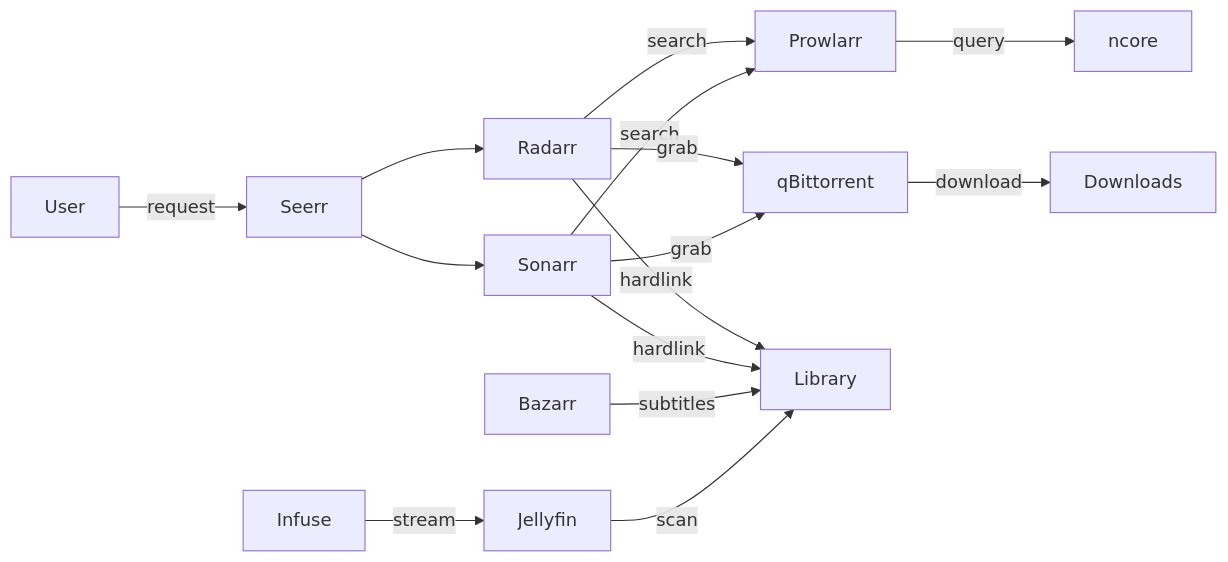
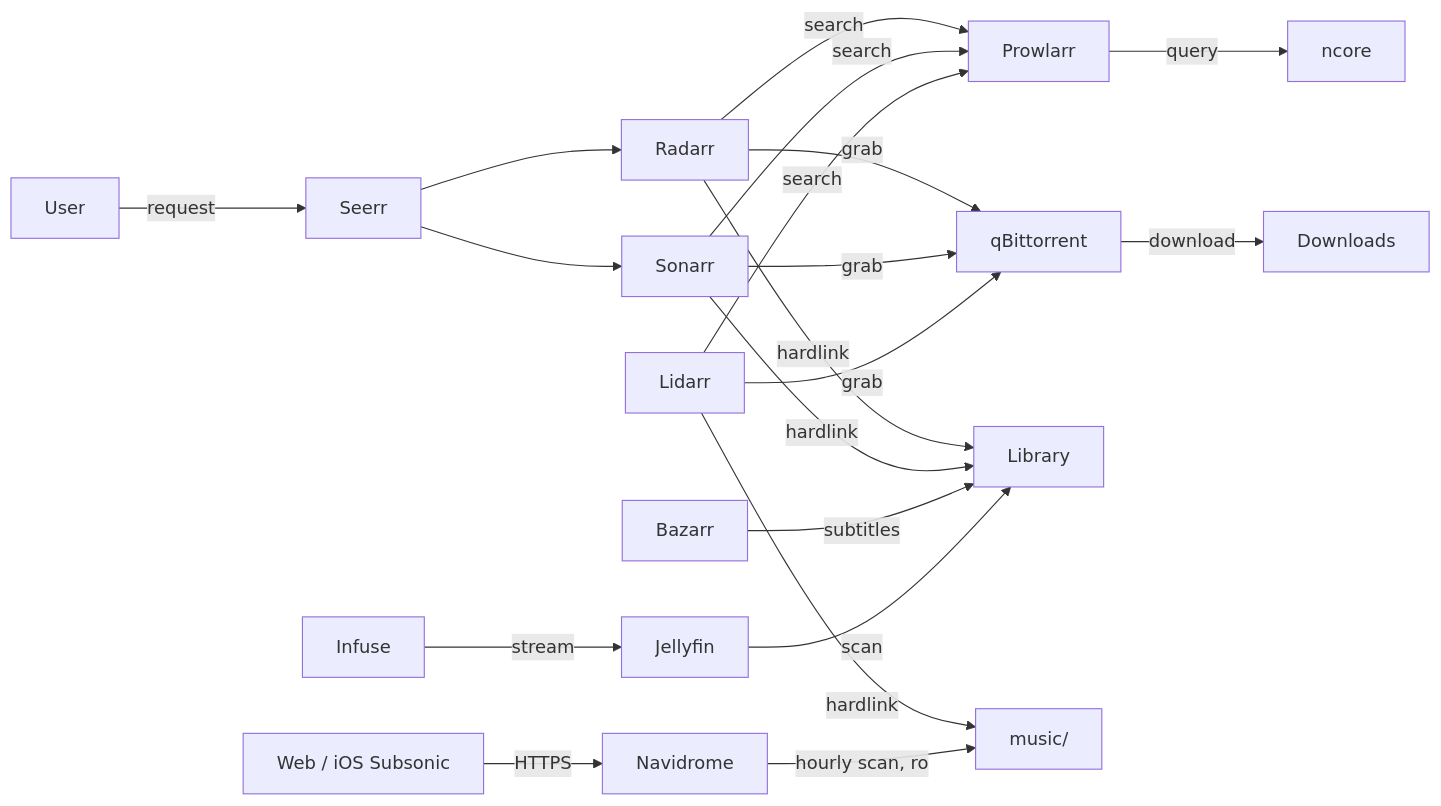
Before and after one commit to bkov96/dotfiles: the diagram in profiles/homelab/mac/ops/services/media/README.md, drawn with Mermaid. The commit also changed other lines of this file and 1 other file, not shown here.

Commit message:
docs(homelab): document music stack setup

````diff
--- a/profiles/homelab/mac/ops/services/media/README.md
+++ b/profiles/homelab/mac/ops/services/media/README.md
@@ -19,13 +20,18 @@
 ```mermaid
 graph LR
     User -->|request| Seerr
     Seerr --> Radarr & Sonarr
     Radarr & Sonarr -->|search| Prowlarr
     Prowlarr -->|query| ncore
     Radarr & Sonarr -->|grab| qBittorrent
     qBittorrent -->|download| Downloads
     Radarr & Sonarr -->|hardlink| Library
     Bazarr -->|subtitles| Library
     Jellyfin -->|scan| Library
     Infuse -->|stream| Jellyfin
+    Lidarr -->|search| Prowlarr
+    Lidarr -->|grab| qBittorrent
+    Lidarr -->|hardlink| MusicLibrary[music/]
+    Navidrome -->|hourly scan, ro| MusicLibrary
+    Clients[Web / iOS Subsonic] -->|HTTPS| Navidrome
 ```
````
